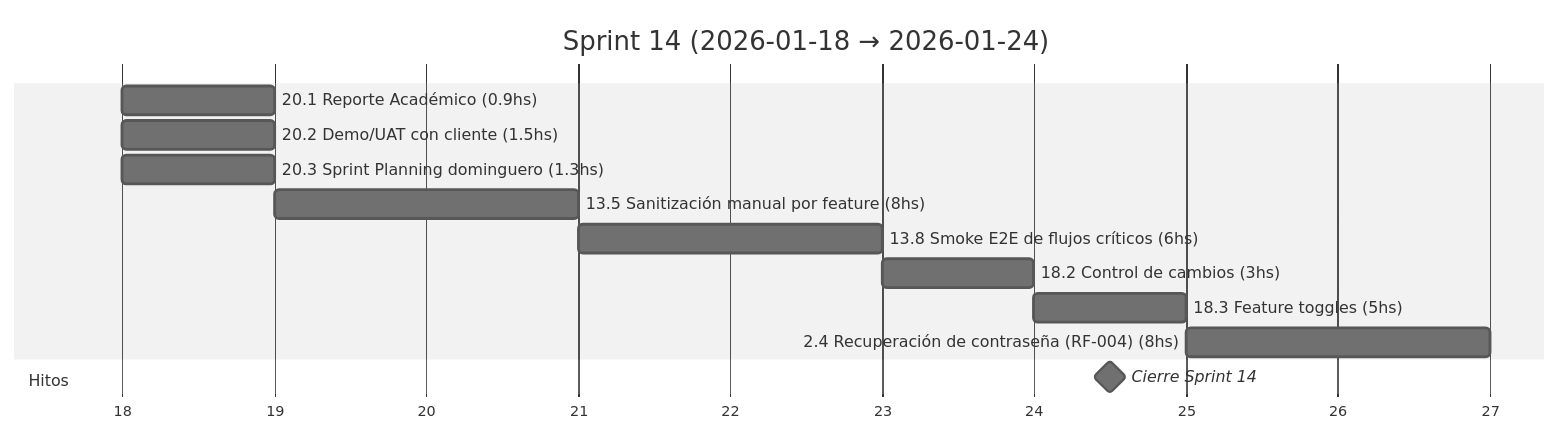
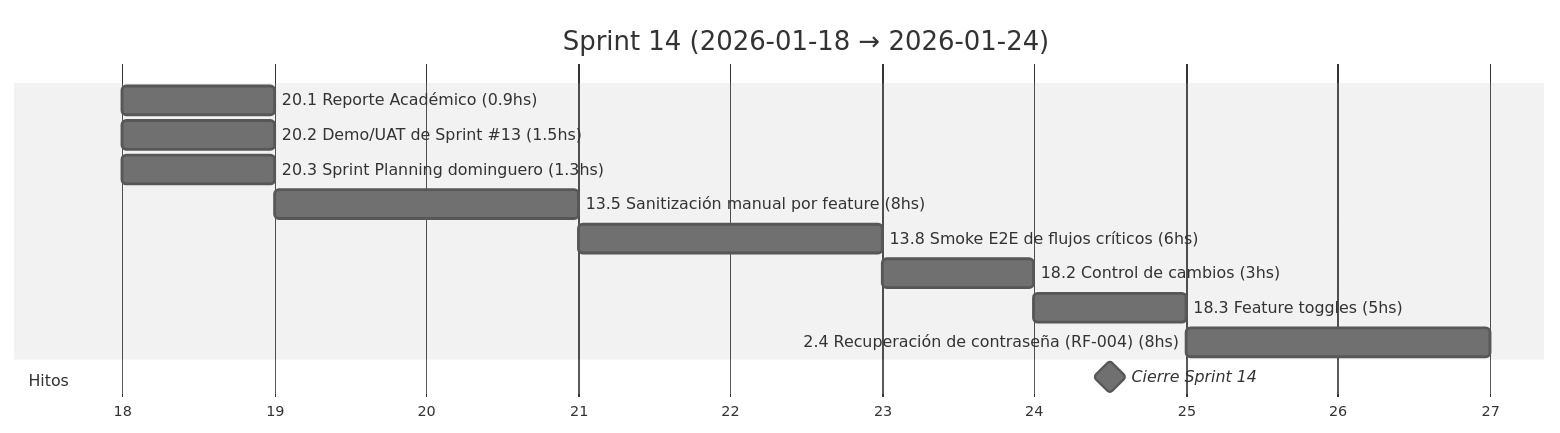
Before and after one commit to MarkMed/FleetMan: diagram 15 of 19 in docs/SprintsGantts.md, drawn with Mermaid (neutral theme). The commit also changed other lines of this file and 2 other files, not shown here.

Commit message:
feat: Update Sprint planning for sprint 11 and update Gantt charts

````diff
--- a/docs/SprintsGantts.md
+++ b/docs/SprintsGantts.md
@@ -427,20 +431,20 @@
 ```mermaid
 gantt
   title Sprint 14 (2026-01-18 → 2026-01-24)
   dateFormat  YYYY-MM-DD
   axisFormat  %d
 
   %% Asumimos 5 h/día. Horas estimadas incluidas en el nombre.
 
   20.1 Reporte Académico (0.9hs)               :t201, 2026-01-18, 1d
-  20.2 Demo/UAT con cliente (1.5hs)            :t202, 2026-01-18, 1d
+  20.2 Demo/UAT de Sprint #13 (1.5hs)          :t202, 2026-01-18, 1d
   20.3 Sprint Planning dominguero (1.3hs)      :t203, 2026-01-18, 1d
   13.5 Sanitización manual por feature (8hs)   :t135, after t203, 2d
   13.8 Smoke E2E de flujos críticos (6hs)      :t138, after t135, 2d
   18.2 Control de cambios (3hs)                :t182, after t138, 1d
   18.3 Feature toggles (5hs)                   :t183, after t182, 1d
   2.4 Recuperación de contraseña (RF-004) (8hs) :t24, after t183, 2d
 
   section Hitos
   Cierre Sprint 14                             :milestone, s14, 2026-01-24, 1d
 ```
````
